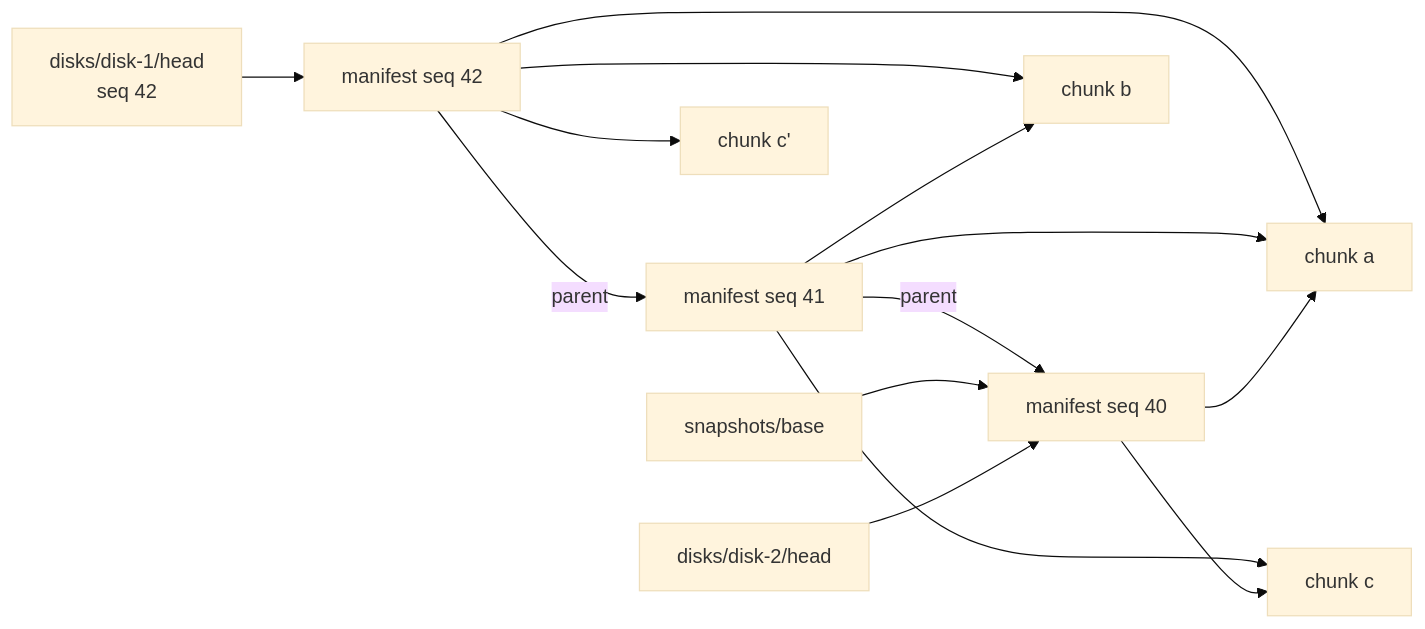
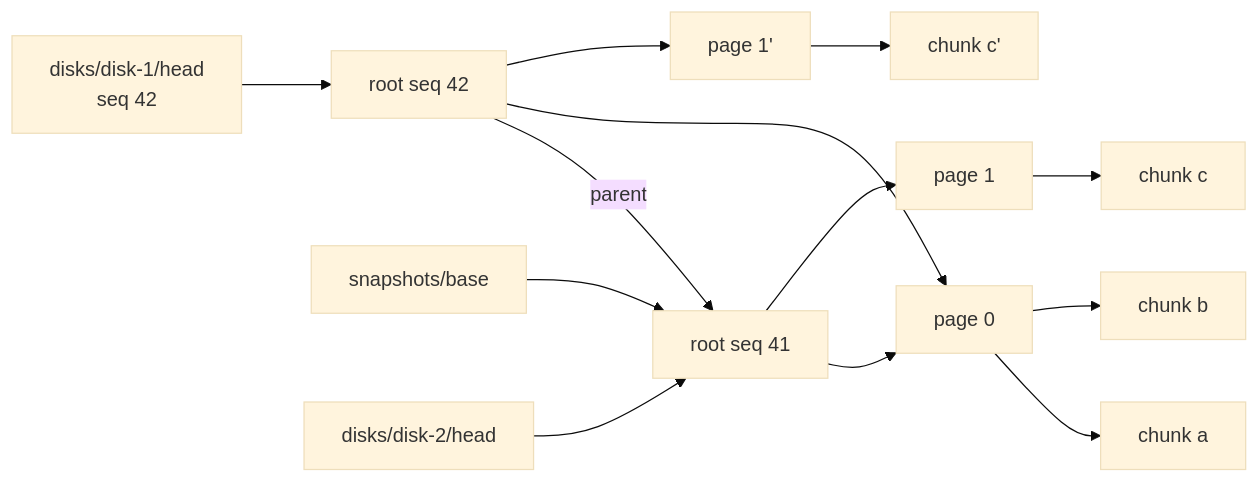
Before and after one commit to tanmoysrt/mica: the third of 10 diagrams in docs/architecture.md, drawn with Mermaid (base theme). The commit also changed other lines of this file and 38 other files, not shown here.

````diff
--- a/docs/architecture.md
+++ b/docs/architecture.md
@@ -85,10 +90,12 @@
 ```mermaid
 flowchart LR
-    head["disks/disk-1/head<br/>seq 42"] --> m42["manifest seq 42"]
-    m42 -- parent --> m41["manifest seq 41"] -- parent --> m40["manifest seq 40"]
-    snap["snapshots/base"] --> m40
-    m42 --> ca["chunk a"] & cb["chunk b"] & cc2["chunk c'"]
-    m41 --> ca & cb & cc["chunk c"]
-    m40 --> ca & cc
-    clone["disks/disk-2/head"] --> m40
+    head["disks/disk-1/head<br/>seq 42"] --> m42["root seq 42"]
+    m42 -- parent --> m41["root seq 41"]
+    snap["snapshots/base"] --> m41
+    m42 --> p0["page 0"] & p1b["page 1'"]
+    m41 --> p0 & p1["page 1"]
+    p0 --> ca["chunk a"] & cb["chunk b"]
+    p1 --> cc["chunk c"]
+    p1b --> cc2["chunk c'"]
+    clone["disks/disk-2/head"] --> m41
 ```
````
